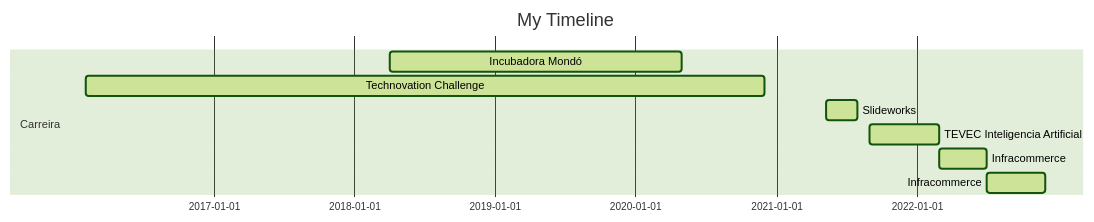
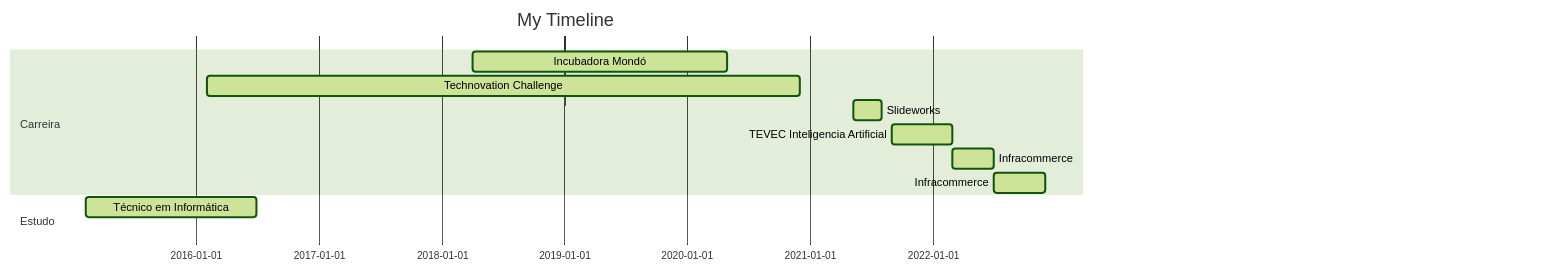
Before and after one commit to MariiMartins/mariimartins: the diagram in README.md, drawn with Mermaid (forest theme). The commit also changed other lines of this file, not shown here.

Commit message:
Atualização README

````diff
--- a/README.md
+++ b/README.md
@@ -62,14 +62,20 @@
 ``` mermaid
 
 gantt
 dateFormat  YYYY-MM-DD
 title My Timeline
 
 section Carreira
 Incubadora Mondó        :active,, 2018-04-02,2020-04-30
 Technovation Challenge        :active,, 2016-02-02,2020-11-30
 Slideworks        :active,, 2021-05-10,2021-07-31
 TEVEC Inteligencia Artificial       :active,, 2021-09-01,2022-02-28
 Infracommerce           :active,, 2022-03-01,2022-07-01
 Infracommerce          :active,, 2022-07-01,2022-12-01
+
+
+section Estudo
+Técnico em Informática    :active,, 2015-02-07,2016-06-30
+Engenharia de Produção :active,, 2027-02-01,2022-06-30
+
 ```
````
